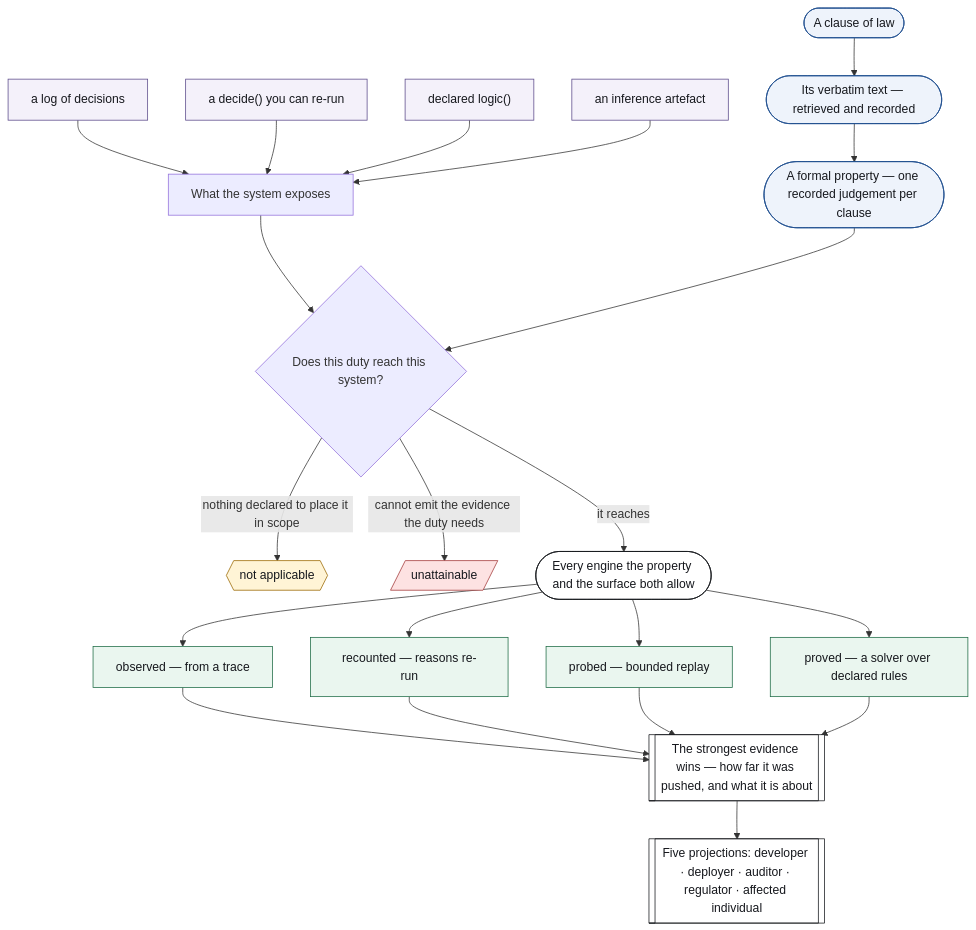
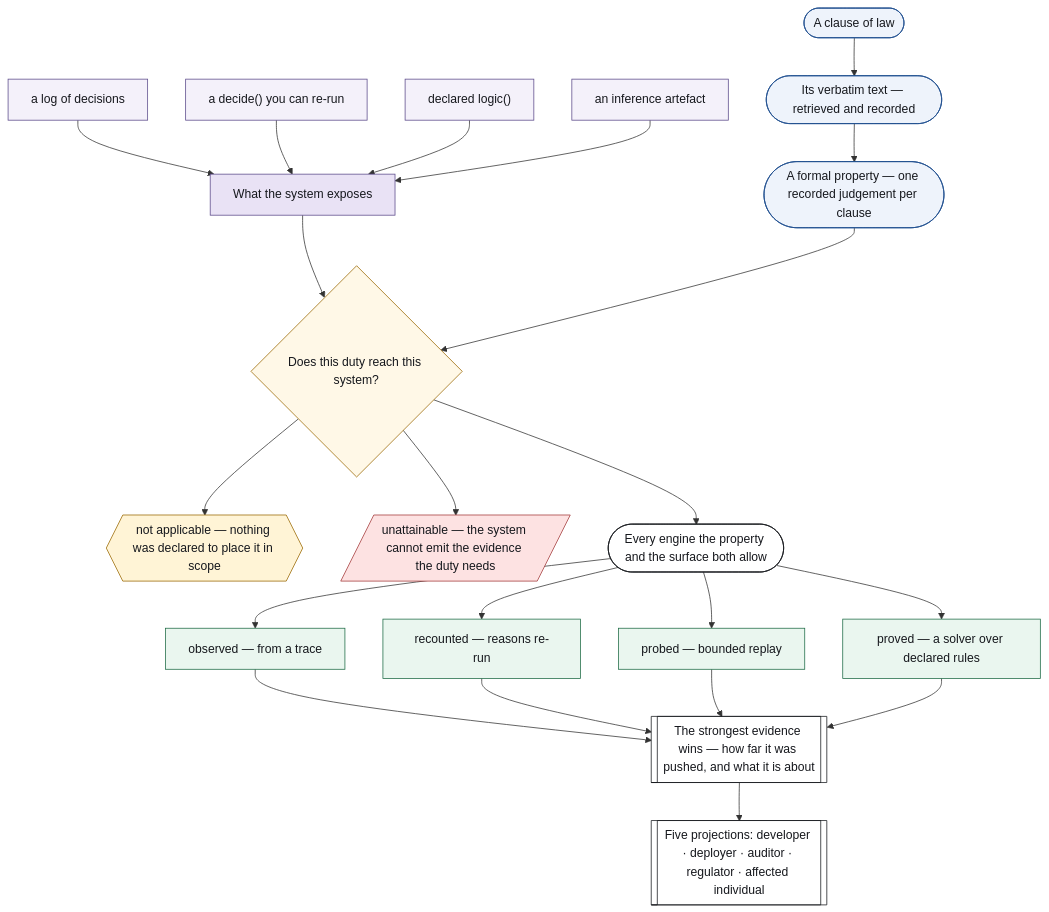
One commit to eduardstan/reasonsmith changed the diagram in README.md. Above: the diagram before and after it, drawn with Mermaid. The commit also changed 1 other file, not shown here.

Commit message:
fix: style README diagram decision nodes

````diff
--- a/README.md
+++ b/README.md
@@ -20,44 +20,47 @@
 ```mermaid
 flowchart TB
-    clause(["A clause of law"]) --> quote(["Its verbatim text — retrieved and recorded"])
-    quote --> formula(["A formal property — one recorded judgement per clause"])
-
     log["a log of decisions"] --> exposed
     callable["a decide() you can re-run"] --> exposed
     rules["declared logic()"] --> exposed
     artefact["an inference artefact"] --> exposed
     exposed["What the system exposes"] --> reach
 
+    clause(["A clause of law"]) --> quote(["Its verbatim text — retrieved and recorded"])
+    quote --> formula(["A formal property — one recorded judgement per clause"])
     formula --> reach{"Does this duty reach this system?"}
 
-    reach -->|"nothing declared to place it in scope"| na{{"not applicable"}}
-    reach -->|"cannot emit the evidence the duty needs"| un[/"unattainable"/]
-    reach -->|"it reaches"| ladder(["Every engine the property and the surface both allow"])
+    reach --> na{{"not applicable — nothing was declared to place it in scope"}}
+    reach --> un[/"unattainable — the system cannot emit the evidence the duty needs"/]
+    reach --> ladder(["Every engine the property and the surface both allow"])
 
     ladder --> observed["observed — from a trace"]
     ladder --> recounted["recounted — reasons re-run"]
     ladder --> probed["probed — bounded replay"]
     ladder --> proved["proved — a solver over declared rules"]
 
     observed --> verdict
     recounted --> verdict
     probed --> verdict
     proved --> verdict
 
     verdict[["The strongest evidence wins — how far it was pushed, and what it is about"]]
     verdict --> five[["Five projections: developer · deployer · auditor · regulator · affected individual"]]
 
     classDef law fill:#eef3fb,stroke:#1f4f8f,color:#16181d
     classDef surface fill:#f4f1fa,stroke:#5b4a8a,color:#16181d
     classDef notapp fill:#fff4d6,stroke:#9a6700,color:#16181d
     classDef unattainable fill:#fde2e2,stroke:#a33a3a,color:#16181d
     classDef rung fill:#eaf6ef,stroke:#1d6b45,color:#16181d
     classDef outcome fill:#ffffff,stroke:#16181d,color:#16181d
+    classDef decision fill:#fff8e7,stroke:#9a6700,color:#16181d
+    classDef collector fill:#e9e2f5,stroke:#5b4a8a,color:#16181d
 
     class clause,quote,formula law
     class log,callable,rules,artefact surface
+    class exposed collector
+    class reach decision
     class na notapp
     class un unattainable
     class observed,recounted,probed,proved rung
     class ladder,verdict,five outcome
 ```
````
